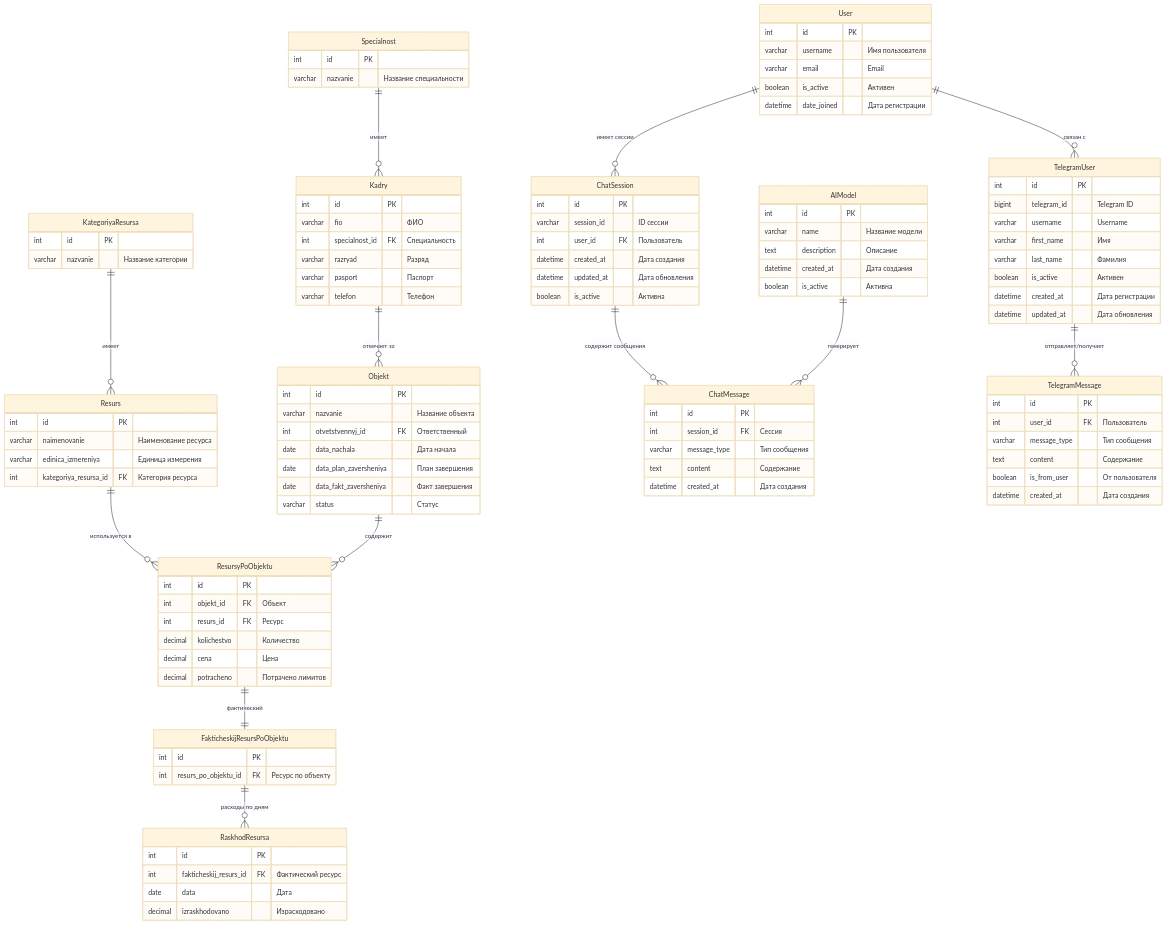
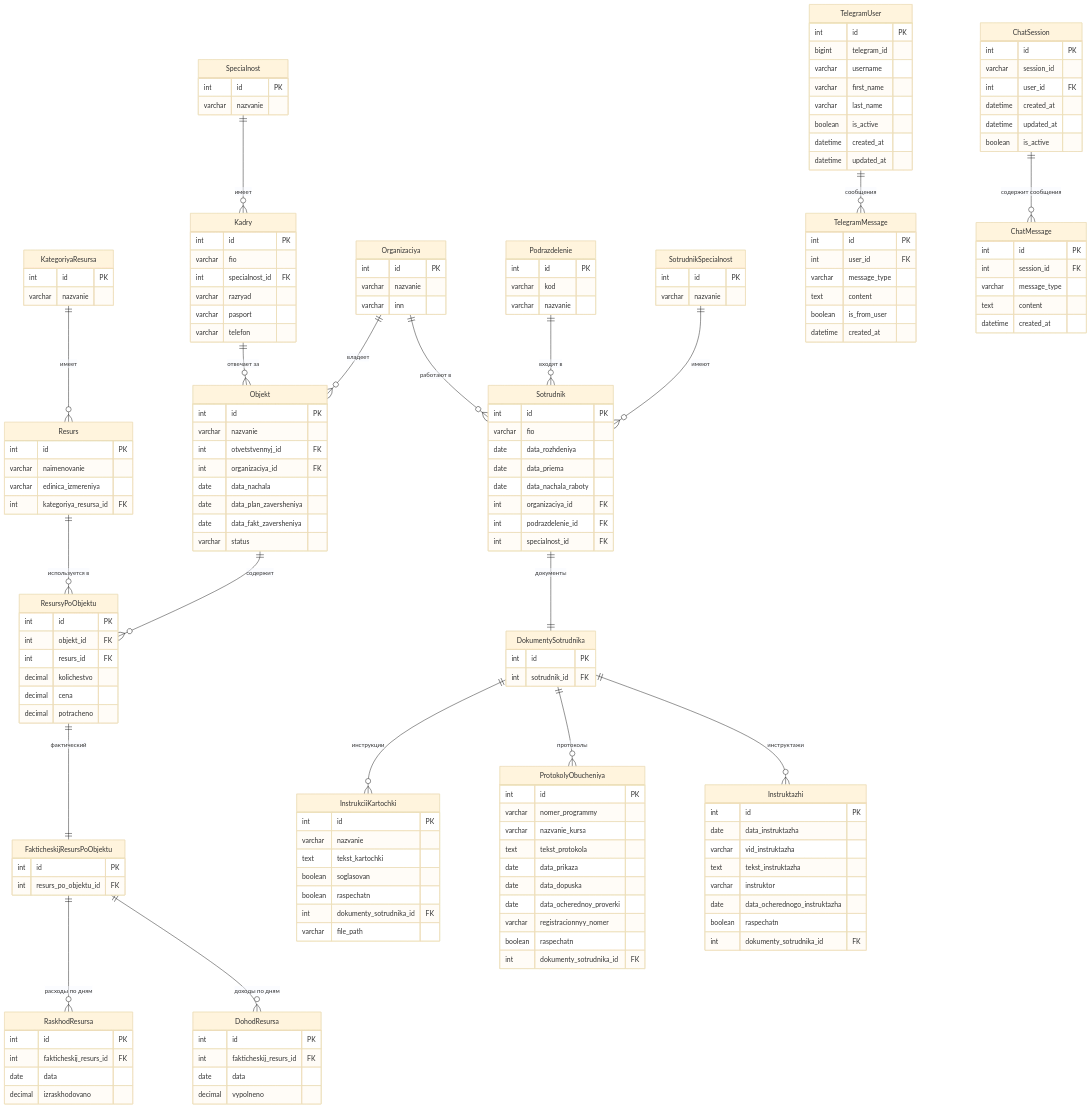
The diagram in database_schema.md (nesrv/ai_zam_django), drawn with Mermaid (base theme) before and after one commit. The commit also changed other lines of this file and 51 other files, not shown here.

````diff
--- a/database_schema.md
+++ b/database_schema.md
@@ -5,120 +5,174 @@
 ```mermaid
 erDiagram
-    %% Основные сущности строительной системы
     KategoriyaResursa {
         int id PK
-        varchar nazvanie "Название категории"
+        varchar nazvanie
     }
     
     Resurs {
         int id PK
-        varchar naimenovanie "Наименование ресурса"
-        varchar edinica_izmereniya "Единица измерения"
-        int kategoriya_resursa_id FK "Категория ресурса"
+        varchar naimenovanie
+        varchar edinica_izmereniya
+        int kategoriya_resursa_id FK
     }
     
     Specialnost {
         int id PK
-        varchar nazvanie "Название специальности"
+        varchar nazvanie
     }
     
     Kadry {
         int id PK
-        varchar fio "ФИО"
-        int specialnost_id FK "Специальность"
-        varchar razryad "Разряд"
-        varchar pasport "Паспорт"
-        varchar telefon "Телефон"
+        varchar fio
+        int specialnost_id FK
+        varchar razryad
+        varchar pasport
+        varchar telefon
     }
     
     Objekt {
         int id PK
-        varchar nazvanie "Название объекта"
-        int otvetstvennyj_id FK "Ответственный"
-        date data_nachala "Дата начала"
-        date data_plan_zaversheniya "План завершения"
-        date data_fakt_zaversheniya "Факт завершения"
-        varchar status "Статус"
+        varchar nazvanie
+        int otvetstvennyj_id FK
+        int organizaciya_id FK
+        date data_nachala
+        date data_plan_zaversheniya
+        date data_fakt_zaversheniya
+        varchar status
     }
     
     ResursyPoObjektu {
         int id PK
-        int objekt_id FK "Объект"
-        int resurs_id FK "Ресурс"
-        decimal kolichestvo "Количество"
-        decimal cena "Цена"
-        decimal potracheno "Потрачено лимитов"
+        int objekt_id FK
+        int resurs_id FK
+        decimal kolichestvo
+        decimal cena
+        decimal potracheno
     }
     
     FakticheskijResursPoObjektu {
         int id PK
-        int resurs_po_objektu_id FK "Ресурс по объекту"
+        int resurs_po_objektu_id FK
     }
     
     RaskhodResursa {
         int id PK
-        int fakticheskij_resurs_id FK "Фактический ресурс"
-        date data "Дата"
-        decimal izraskhodovano "Израсходовано"
+        int fakticheskij_resurs_id FK
+        date data
+        decimal izraskhodovano
     }
     
-    %% AI и чат система
-    AIModel {
+    DohodResursa {
         int id PK
-        varchar name "Название модели"
-        text description "Описание"
-        datetime created_at "Дата создания"
-        boolean is_active "Активна"
+        int fakticheskij_resurs_id FK
+        date data
+        decimal vypolneno
+    }
+    
+    Organizaciya {
+        int id PK
+        varchar nazvanie
+        varchar inn
+    }
+    
+    Podrazdelenie {
+        int id PK
+        varchar kod
+        varchar nazvanie
+    }
+    
+    SotrudnikSpecialnost {
+        int id PK
+        varchar nazvanie
+    }
+    
+    Sotrudnik {
+        int id PK
+        varchar fio
+        date data_rozhdeniya
+        date data_priema
+        date data_nachala_raboty
+        int organizaciya_id FK
+        int podrazdelenie_id FK
+        int specialnost_id FK
+    }
+    
+    DokumentySotrudnika {
+        int id PK
+        int sotrudnik_id FK
+    }
+    
+    InstrukciiKartochki {
+        int id PK
+        varchar nazvanie
+        text tekst_kartochki
+        boolean soglasovan
+        boolean raspechatn
+        int dokumenty_sotrudnika_id FK
+        varchar file_path
+    }
+    
+    ProtokolyObucheniya {
+        int id PK
+        varchar nomer_programmy
+        varchar nazvanie_kursa
+        text tekst_protokola
+        date data_prikaza
+        date data_dopuska
+        date data_ocherednoy_proverki
+        varchar registracionnyy_nomer
+        boolean raspechatn
+        int dokumenty_sotrudnika_id FK
+    }
+    
+    Instruktazhi {
+        int id PK
+        date data_instruktazha
+        varchar vid_instruktazha
+        text tekst_instruktazha
+        varchar instruktor
+        date data_ocherednogo_instruktazha
+        boolean raspechatn
+        int dokumenty_sotrudnika_id FK
+    }
+    
+    TelegramUser {
+        int id PK
+        bigint telegram_id
+        varchar username
+        varchar first_name
+        varchar last_name
+        boolean is_active
+        datetime created_at
+        datetime updated_at
+    }
+    
+    TelegramMessage {
+        int id PK
+        int user_id FK
+        varchar message_type
+        text content
+        boolean is_from_user
+        datetime created_at
     }
     
     ChatSession {
         int id PK
-        varchar session_id "ID сессии"
-        int user_id FK "Пользователь"
-        datetime created_at "Дата создания"
-        datetime updated_at "Дата обновления"
-        boolean is_active "Активна"
+        varchar session_id
+        int user_id FK
+        datetime created_at
+        datetime updated_at
+        boolean is_active
     }
     
     ChatMessage {
         int id PK
-        int session_id FK "Сессия"
-        varchar message_type "Тип сообщения"
-        text content "Содержание"
-        datetime created_at "Дата создания"
+        int session_id FK
+        varchar message_type
+        text content
+        datetime created_at
     }
     
-    %% Telegram система
-    TelegramUser {
-        int id PK
-        bigint telegram_id "Telegram ID"
-        varchar username "Username"
-        varchar first_name "Имя"
-        varchar last_name "Фамилия"
-        boolean is_active "Активен"
-        datetime created_at "Дата регистрации"
-        datetime updated_at "Дата обновления"
-    }
-    
-    TelegramMessage {
-        int id PK
-        int user_id FK "Пользователь"
-        varchar message_type "Тип сообщения"
-        text content "Содержание"
-        boolean is_from_user "От пользователя"
-        datetime created_at "Дата создания"
-    }
-    
-    %% Django Auth
-    User {
-        int id PK
-        varchar username "Имя пользователя"
-        varchar email "Email"
-        boolean is_active "Активен"
-        datetime date_joined "Дата регистрации"
-    }
-    
-    %% Связи строительной системы
     KategoriyaResursa ||--o{ Resurs : "имеет"
     Resurs ||--o{ ResursyPoObjektu : "используется в"
     Objekt ||--o{ ResursyPoObjektu : "содержит"
@@ -126,13 +180,15 @@
     Specialnost ||--o{ Kadry : "имеет"
     ResursyPoObjektu ||--|| FakticheskijResursPoObjektu : "фактический"
     FakticheskijResursPoObjektu ||--o{ RaskhodResursa : "расходы по дням"
-    
-    %% Связи AI системы
-    User ||--o{ ChatSession : "имеет сессии"
+    FakticheskijResursPoObjektu ||--o{ DohodResursa : "доходы по дням"
+    Organizaciya ||--o{ Sotrudnik : "работают в"
+    Organizaciya ||--o{ Objekt : "владеет"
+    Podrazdelenie ||--o{ Sotrudnik : "входят в"
+    SotrudnikSpecialnost ||--o{ Sotrudnik : "имеют"
+    Sotrudnik ||--|| DokumentySotrudnika : "документы"
+    DokumentySotrudnika ||--o{ InstrukciiKartochki : "инструкции"
+    DokumentySotrudnika ||--o{ ProtokolyObucheniya : "протоколы"
+    DokumentySotrudnika ||--o{ Instruktazhi : "инструктажи"
+    TelegramUser ||--o{ TelegramMessage : "сообщения"
     ChatSession ||--o{ ChatMessage : "содержит сообщения"
-    AIModel ||--o{ ChatMessage : "генерирует"
-    
-    %% Связи Telegram системы
-    TelegramUser ||--o{ TelegramMessage : "отправляет/получает"
-    User ||--o{ TelegramUser : "связан с"
 ```
````
